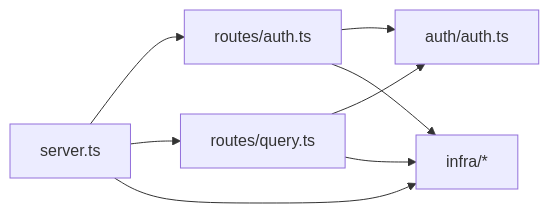
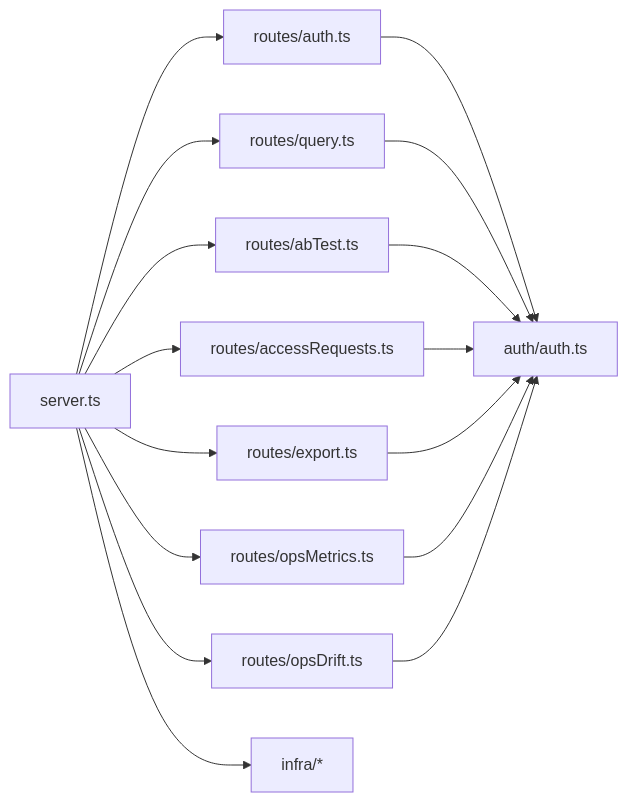
One commit to dgjin/smart-data-analytics changed the seventh of 7 diagrams in .qoder/repowiki/zh/content/后端服务/API设计与规范/API设计与规范.md. Above: the diagram before and after it, drawn with Mermaid. The commit also changed other lines of this file and 100 other files, not shown here.

````diff
--- a/.qoder/repowiki/zh/content/后端服务/API设计与规范/API设计与规范.md
+++ b/.qoder/repowiki/zh/content/后端服务/API设计与规范/API设计与规范.md
@@ -271,10 +346,18 @@
 ```mermaid
 graph LR
 ST["server.ts"] --> AR["routes/auth.ts"]
 ST --> QR["routes/query.ts"]
+ST --> ABT["routes/abTest.ts"]
+ST --> ARQ["routes/accessRequests.ts"]
+ST --> EXP["routes/export.ts"]
+ST --> OPS["routes/opsMetrics.ts"]
+ST --> DRIFT["routes/opsDrift.ts"]
 ST --> IR["infra/*"]
 AR --> AU["auth/auth.ts"]
 QR --> AU
-QR --> IR
-AR --> IR
+ABT --> AU
+ARQ --> AU
+EXP --> AU
+OPS --> AU
+DRIFT --> AU
 ```
````
